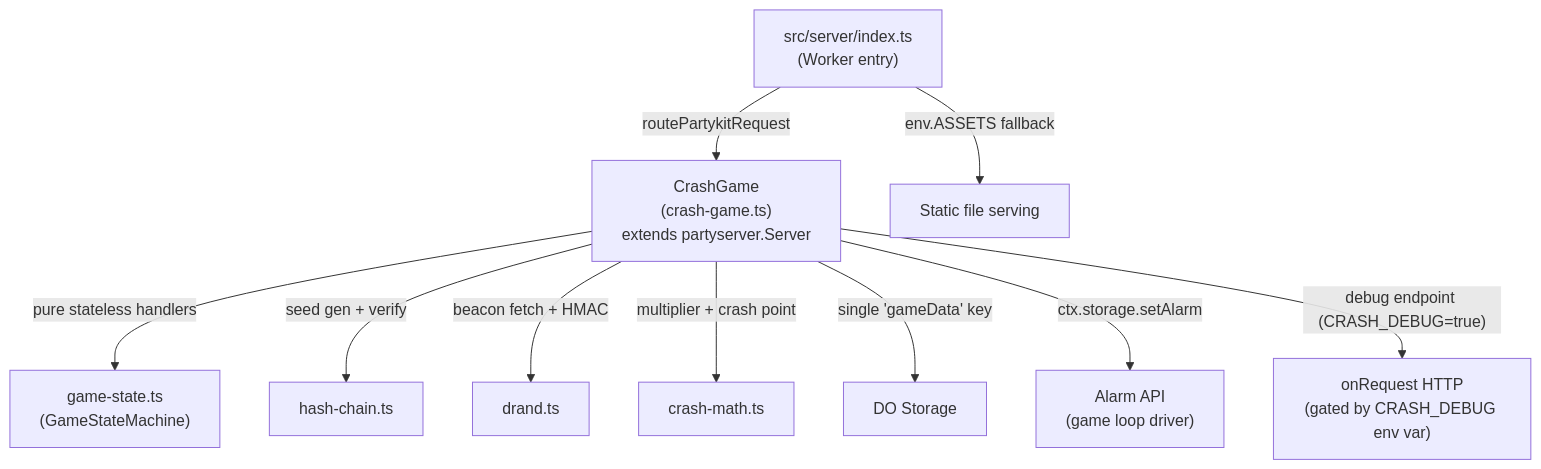
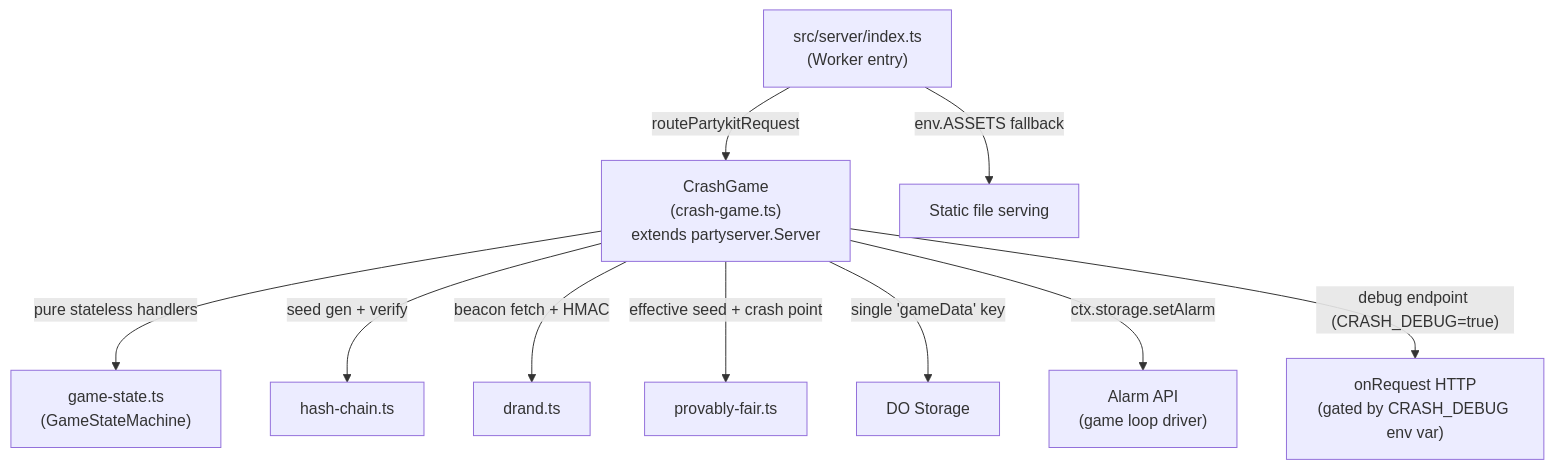
The third of 3 diagrams in docs/project-architecture.md (DigitalMachinist/crash-game), drawn with Mermaid before and after one commit. The commit also changed other lines of this file and 9 other files, not shown here.

````diff
--- a/docs/project-architecture.md
+++ b/docs/project-architecture.md
@@ -88,13 +88,13 @@
 ```mermaid
 flowchart TD
     index["src/server/index.ts<br/>(Worker entry)"] -->|"routePartykitRequest"| CrashGame["CrashGame<br/>(crash-game.ts)<br/>extends partyserver.Server"]
     index -->|"env.ASSETS fallback"| Assets["Static file serving"]
 
     CrashGame -->|"pure stateless handlers"| gameState["game-state.ts<br/>(GameStateMachine)"]
     CrashGame -->|"seed gen + verify"| hashChain["hash-chain.ts"]
     CrashGame -->|"beacon fetch + HMAC"| drand["drand.ts"]
-    CrashGame -->|"multiplier + crash point"| crashMath["crash-math.ts"]
+    CrashGame -->|"effective seed + crash point"| provablyFair["provably-fair.ts"]
     CrashGame -->|"single 'gameData' key"| DOStorage["DO Storage"]
     CrashGame -->|"ctx.storage.setAlarm"| AlarmAPI["Alarm API<br/>(game loop driver)"]
     CrashGame -->|"debug endpoint (CRASH_DEBUG=true)"| onRequest["onRequest HTTP<br/>(gated by CRASH_DEBUG env var)"]
 ```
````
